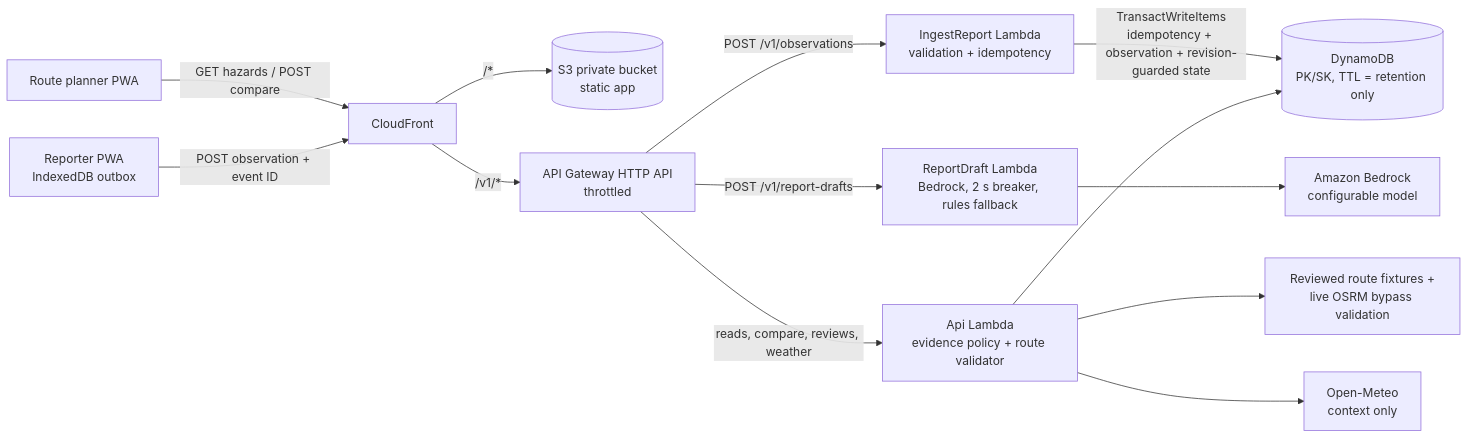
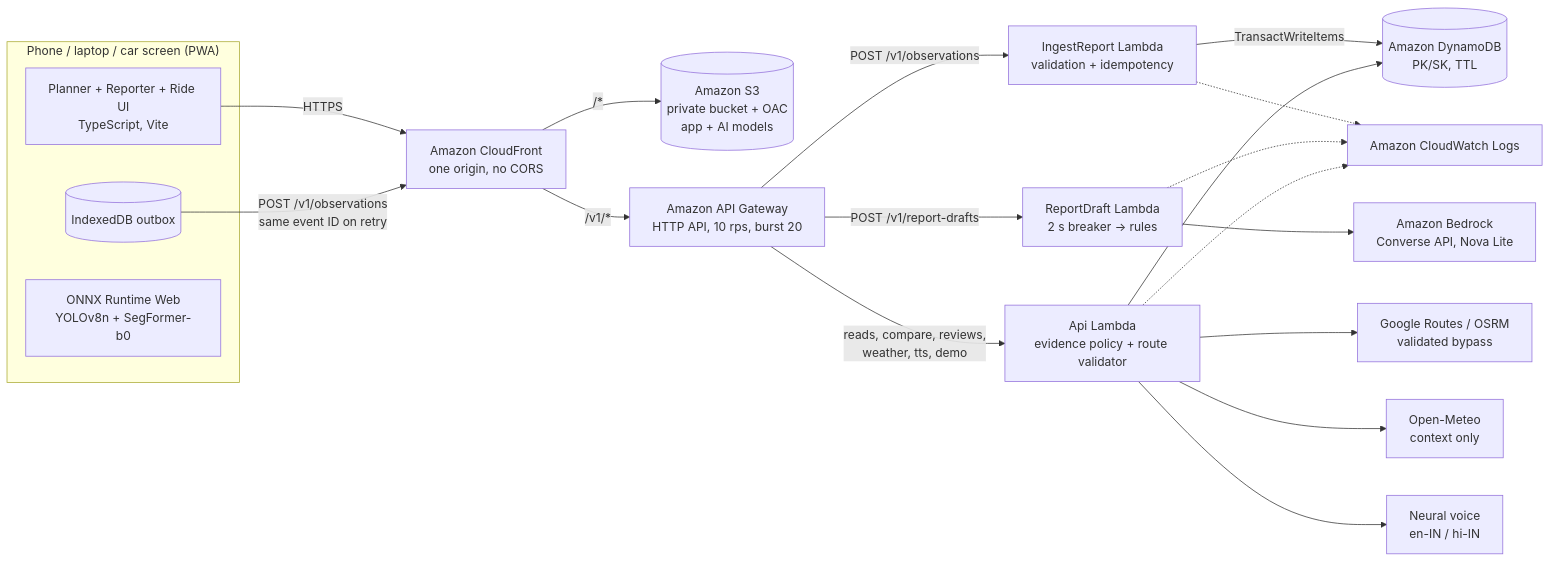
One commit to 4-thkind/DelhiJalNav changed the third of 6 diagrams in README.md. Above: the diagram before and after it, drawn with Mermaid. The commit also changed other lines of this file and 1 other file, not shown here.

````diff
--- a/README.md
+++ b/README.md
@@ -85,15 +133,28 @@
 ```mermaid
 flowchart LR
-  P[Route planner PWA] -->|GET hazards / POST compare| CF[CloudFront]
-  R[Reporter PWA<br/>IndexedDB outbox] -->|POST observation + event ID| CF
-  CF -->|/*| S3[(S3 private bucket<br/>static app)]
-  CF -->|/v1/*| GW[API Gateway HTTP API<br/>throttled]
-  GW -->|POST /v1/observations| I[IngestReport Lambda<br/>validation + idempotency]
-  GW -->|POST /v1/report-drafts| X[ReportDraft Lambda<br/>Bedrock, 2 s breaker, rules fallback]
-  GW -->|reads, compare, reviews, weather| L[Api Lambda<br/>evidence policy + route validator]
-  I -->|TransactWriteItems<br/>idempotency + observation + revision-guarded state| D[(DynamoDB<br/>PK/SK, TTL = retention only)]
-  L --> D
-  X --> B[Amazon Bedrock<br/>configurable model]
-  L --> F[Reviewed route fixtures +<br/>live OSRM bypass validation]
-  L --> W[Open-Meteo<br/>context only]
+  subgraph Client["Phone / laptop / car screen (PWA)"]
+    UI["Planner + Reporter + Ride UI<br/>TypeScript, Vite"]
+    OB[("IndexedDB outbox")]
+    ML["ONNX Runtime Web<br/>YOLOv8n + SegFormer-b0"]
+  end
+
+  UI -->|HTTPS| CF["Amazon CloudFront<br/>one origin, no CORS"]
+  OB -->|"POST /v1/observations<br/>same event ID on retry"| CF
+  CF -->|"/*"| S3[("Amazon S3<br/>private bucket + OAC<br/>app + AI models")]
+  CF -->|"/v1/*"| GW["Amazon API Gateway<br/>HTTP API, 10 rps, burst 20"]
+
+  GW -->|"POST /v1/observations"| L1["IngestReport Lambda<br/>validation + idempotency"]
+  GW -->|"POST /v1/report-drafts"| L2["ReportDraft Lambda<br/>2 s breaker → rules"]
+  GW -->|"reads, compare, reviews,<br/>weather, tts, demo"| L3["Api Lambda<br/>evidence policy + route validator"]
+
+  L1 -->|TransactWriteItems| DB[("Amazon DynamoDB<br/>PK/SK, TTL")]
+  L3 --> DB
+  L2 --> BR["Amazon Bedrock<br/>Converse API, Nova Lite"]
+  L3 --> RT["Google Routes / OSRM<br/>validated bypass"]
+  L3 --> WX["Open-Meteo<br/>context only"]
+  L3 --> TTS["Neural voice<br/>en-IN / hi-IN"]
+
+  L1 -.-> CW["Amazon CloudWatch Logs"]
+  L2 -.-> CW
+  L3 -.-> CW
 ```
````
